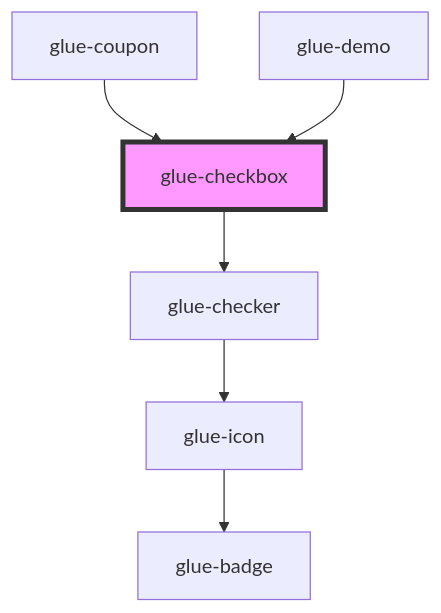
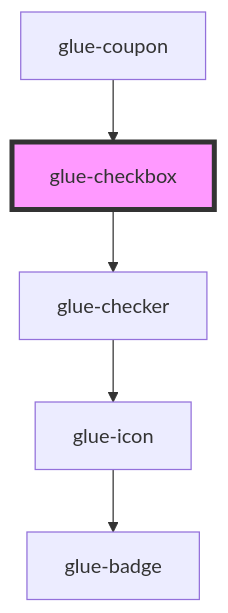
Before and after one commit to grasilife/glue: the diagram in packages/glue-components/src/components/glue-checkbox/readme.md, drawn with Mermaid. The commit also changed other lines of this file and 104 other files, not shown here.

````diff
--- a/packages/glue-components/src/components/glue-checkbox/readme.md
+++ b/packages/glue-components/src/components/glue-checkbox/readme.md
@@ -40,9 +41,8 @@
 ```mermaid
 graph TD;
   glue-checkbox --> glue-checker
   glue-checker --> glue-icon
   glue-icon --> glue-badge
   glue-coupon --> glue-checkbox
-  glue-demo --> glue-checkbox
   style glue-checkbox fill:#f9f,stroke:#333,stroke-width:4px
 ```
````
